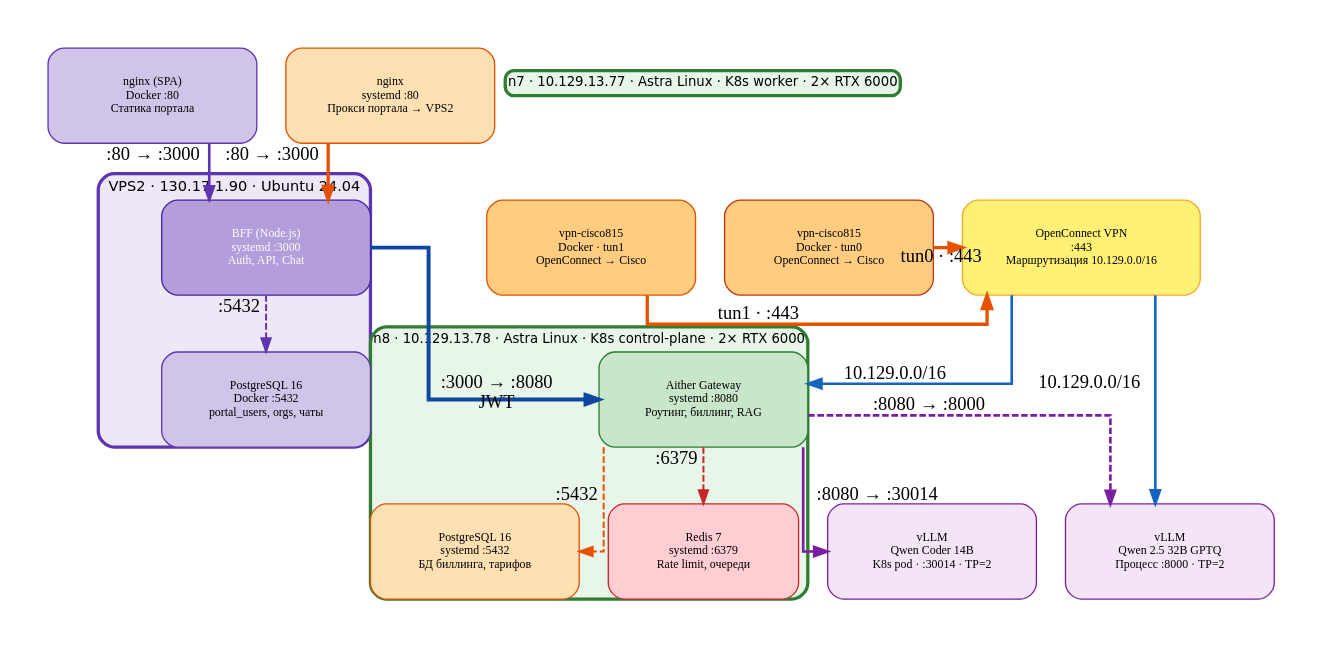
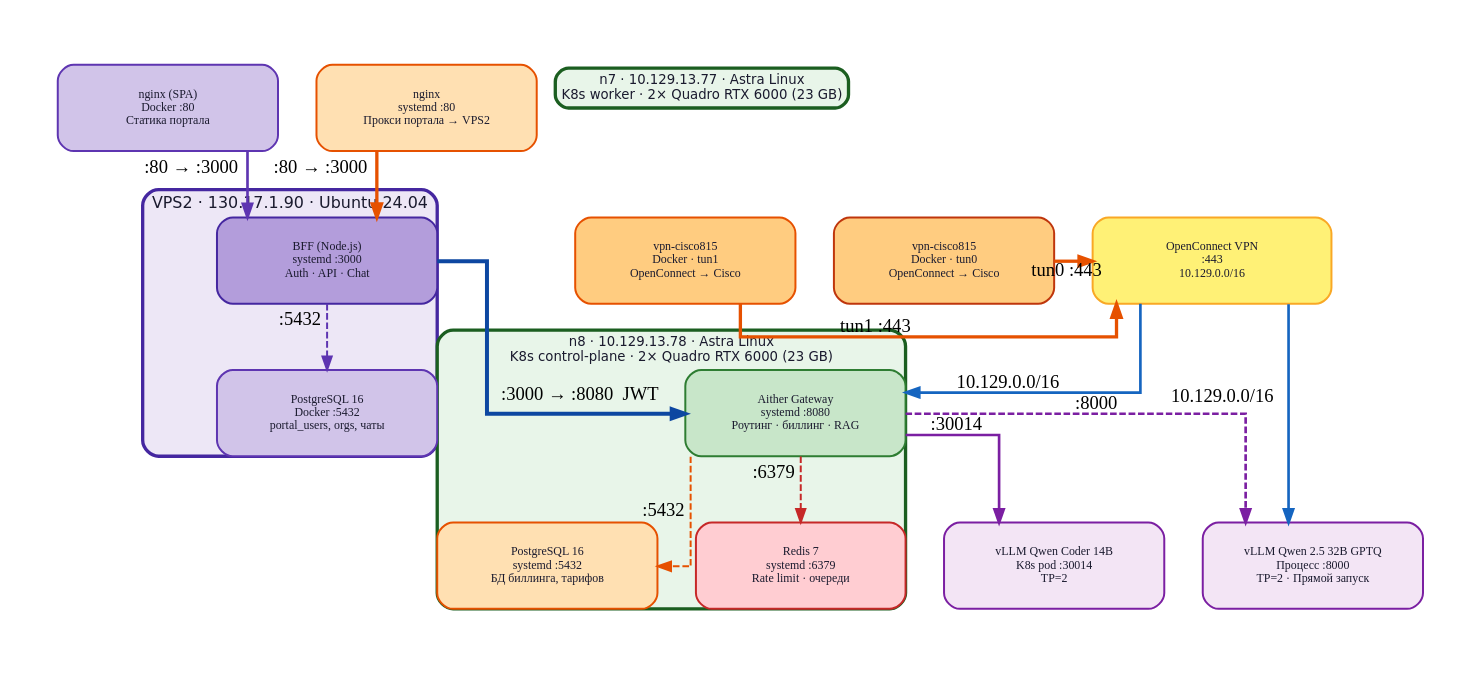
Before and after one commit to dedvmedved-dot/aither-project: the diagram in docs/diagrams/physical-architecture-v3.dot, drawn with Graphviz. The commit also changed 3 other files, not shown here.

Commit message:
docs: fresh Aither diagram — clean cluster layout with port-labelled edges

```diff
--- a/docs/diagrams/physical-architecture-v3.dot
+++ b/docs/diagrams/physical-architecture-v3.dot
@@ -1,154 +1,108 @@
-digraph AitherArchitecture {
+digraph Aither {
     rankdir=TB
     splines=ortho
-    nodesep=0.3
-    ranksep=0.6
+    nodesep=0.4
+    ranksep=0.7
     fontname="DejaVu Sans"
-    fontsize=12
     bgcolor="white"
-    pad=0.4
-    margin=0.3
+    pad=0.5
+    margin=0.4
     dpi=72
 
-    // ═══════════════════════════════════════════════
-    // VPS2
-    // ═══════════════════════════════════════════════
-    subgraph cluster_vps2 {
+    // ═══ VPS2 ═══
+    subgraph cluster_VPS2 {
         label="VPS2 · 130.17.1.90 · Ubuntu 24.04"
         style="filled,rounded"
         fillcolor="#ede7f6"
-        color="#5e35b1"
-        fontcolor="#000000"
-        fontsize=11
+        color="#4527a0"
+        fontcolor="#1a1a2e"
+        fontsize=12
         penwidth=2.5
 
-        v2_nginx [shape=box, style="filled,rounded", fillcolor="#d1c4e9", color="#5e35b1", fontcolor="#000000",
-                  label="nginx (SPA)\nDocker :80\nСтатика портала", width=2.2, height=1.0, fontsize=9]
-        v2_pg [shape=box, style="filled,rounded", fillcolor="#d1c4e9", color="#5e35b1", fontcolor="#000000",
-               label="PostgreSQL 16\nDocker :5432\nportal_users, orgs, чаты", width=2.2, height=1.0, fontsize=9]
-        v2_bff [shape=box, style="filled,rounded", fillcolor="#b39ddb", color="#4527a0", fontcolor="#ffffff",
-                label="BFF (Node.js)\nsystemd :3000\nAuth, API, Chat", width=2.2, height=1.0, fontsize=9]
-        v2_vpn [shape=box, style="filled,rounded", fillcolor="#ffcc80", color="#e65100", fontcolor="#000000",
-                label="vpn-cisco815\nDocker · tun1\nOpenConnect → Cisco", width=2.2, height=1.0, fontsize=9]
+        node [shape=box,style="filled,rounded",fontsize=9,penwidth=1.5,fontcolor="#1a1a2e"]
+        V2_nginx  [label="nginx (SPA)\nDocker :80\nСтатика портала",        fillcolor="#d1c4e9",color="#5e35b1",width=2.3,height=0.9]
+        V2_pg     [label="PostgreSQL 16\nDocker :5432\nportal_users, orgs, чаты",fillcolor="#d1c4e9",color="#5e35b1",width=2.3,height=0.9]
+        V2_bff    [label="BFF (Node.js)\nsystemd :3000\nAuth · API · Chat",  fillcolor="#b39ddb",color="#4527a0",width=2.3,height=0.9]
+        V2_vpn    [label="vpn-cisco815\nDocker · tun1\nOpenConnect → Cisco",fillcolor="#ffcc80",color="#e65100",width=2.3,height=0.9]
     }
 
-    // ═══════════════════════════════════════════════
-    // VPS3
-    // ═══════════════════════════════════════════════
-    subgraph cluster_vps3 {
+    // ═══ VPS3 ═══
+    subgraph cluster_VPS3 {
         label="VPS3 · 89.127.217.88 · Ubuntu 24.04"
         style="filled,rounded"
         fillcolor="#fff3e0"
-        color="#e65100"
-        fontcolor="#000000"
-        fontsize=11
+        color="#bf360c"
+        fontcolor="#1a1a2e"
+        fontsize=12
         penwidth=2.5
 
-        v3_nginx [shape=box, style="filled,rounded", fillcolor="#ffe0b2", color="#e65100", fontcolor="#000000",
-                  label="nginx\nsystemd :80\nПрокси портала → VPS2", width=2.2, height=1.0, fontsize=9]
-        v3_vpn [shape=box, style="filled,rounded", fillcolor="#ffcc80", color="#bf360c", fontcolor="#000000",
-                label="vpn-cisco815\nDocker · tun0\nOpenConnect → Cisco", width=2.2, height=1.0, fontsize=9]
+        node [shape=box,style="filled,rounded",fontsize=9,penwidth=1.5,fontcolor="#1a1a2e"]
+        V3_nginx  [label="nginx\nsystemd :80\nПрокси портала → VPS2",fillcolor="#ffe0b2",color="#e65100",width=2.3,height=0.9]
+        V3_vpn    [label="vpn-cisco815\nDocker · tun0\nOpenConnect → Cisco",fillcolor="#ffcc80",color="#bf360c",width=2.3,height=0.9]
     }
 
-    // ═══════════════════════════════════════════════
-    // Cisco 815
-    // ═══════════════════════════════════════════════
-    subgraph cluster_cisco {
+    // ═══ Cisco 815 ═══
+    subgraph cluster_Cisco {
         label="Cisco 815 · 95.137.2.98 · Тестовая зона"
         style="filled,rounded"
         fillcolor="#fff9c4"
-        color="#f9a825"
-        fontcolor="#000000"
-        fontsize=11
+        color="#f57f17"
+        fontcolor="#1a1a2e"
+        fontsize=12
         penwidth=2.5
 
-        cisco [shape=box, style="filled,rounded", fillcolor="#fff176", color="#f9a825", fontcolor="#000000",
-               label="OpenConnect VPN\n:443\nМаршрутизация 10.129.0.0/16", width=2.5, height=1.0, fontsize=9]
+        node [shape=box,style="filled,rounded",fontsize=9,penwidth=1.5,fontcolor="#1a1a2e"]
+        Cisco [label="OpenConnect VPN\n:443\n10.129.0.0/16",fillcolor="#fff176",color="#f9a825",width=2.5,height=0.9]
     }
 
-    // ═══════════════════════════════════════════════
-    // n8
-    // ═══════════════════════════════════════════════
+    // ═══ n8 ═══
     subgraph cluster_n8 {
-        label="n8 · 10.129.13.78 · Astra Linux · K8s control-plane · 2× RTX 6000"
+        label="n8 · 10.129.13.78 · Astra Linux\nK8s control-plane · 2× Quadro RTX 6000 (23 GB)"
         style="filled,rounded"
         fillcolor="#e8f5e9"
-        color="#2e7d32"
-        fontcolor="#000000"
+        color="#1b5e20"
+        fontcolor="#1a1a2e"
         fontsize=10
         penwidth=2.5
 
-        n8_gw [shape=box, style="filled,rounded", fillcolor="#c8e6c9", color="#2e7d32", fontcolor="#000000",
-               label="Aither Gateway\nsystemd :8080\nРоутинг, биллинг, RAG", width=2.2, height=1.0, fontsize=9]
-        n8_pg [shape=box, style="filled,rounded", fillcolor="#ffe0b2", color="#e65100", fontcolor="#000000",
-               label="PostgreSQL 16\nsystemd :5432\nБД биллинга, тарифов", width=2.2, height=1.0, fontsize=9]
-        n8_redis [shape=box, style="filled,rounded", fillcolor="#ffcdd2", color="#c62828", fontcolor="#000000",
-                  label="Redis 7\nsystemd :6379\nRate limit, очереди", width=2.0, height=1.0, fontsize=9]
-        n8_v14 [shape=box, style="filled,rounded", fillcolor="#f3e5f5", color="#7b1fa2", fontcolor="#000000",
-                label="vLLM\nQwen Coder 14B\nK8s pod · :30014 · TP=2", width=2.2, height=1.0, fontsize=9]
+        node [shape=box,style="filled,rounded",fontsize=9,penwidth=1.5,fontcolor="#1a1a2e"]
+        N8_gw     [label="Aither Gateway\nsystemd :8080\nРоутинг · биллинг · RAG",   fillcolor="#c8e6c9",color="#2e7d32",width=2.3,height=0.9]
+        N8_pg     [label="PostgreSQL 16\nsystemd :5432\nБД биллинга, тарифов",         fillcolor="#ffe0b2",color="#e65100",width=2.3,height=0.9]
+        N8_redis  [label="Redis 7\nsystemd :6379\nRate limit · очереди",               fillcolor="#ffcdd2",color="#c62828",width=2.2,height=0.9]
+        N8_vllm   [label="vLLM Qwen Coder 14B\nK8s pod :30014\nTP=2",                  fillcolor="#f3e5f5",color="#7b1fa2",width=2.3,height=0.9]
     }
 
-    // ═══════════════════════════════════════════════
-    // n7
-    // ═══════════════════════════════════════════════
+    // ═══ n7 ═══
     subgraph cluster_n7 {
-        label="n7 · 10.129.13.77 · Astra Linux · K8s worker · 2× RTX 6000"
+        label="n7 · 10.129.13.77 · Astra Linux\nK8s worker · 2× Quadro RTX 6000 (23 GB)"
         style="filled,rounded"
         fillcolor="#e8f5e9"
-        color="#2e7d32"
-        fontcolor="#000000"
+        color="#1b5e20"
+        fontcolor="#1a1a2e"
         fontsize=10
         penwidth=2.5
 
-        n7_v32 [shape=box, style="filled,rounded", fillcolor="#f3e5f5", color="#7b1fa2", fontcolor="#000000",
-                label="vLLM\nQwen 2.5 32B GPTQ\nПроцесс :8000 · TP=2", width=2.2, height=1.0, fontsize=9]
-        n7_dummy [shape=point, style=invis, width=0, height=0]
+        N7_vllm  [shape=box,style="filled,rounded",fontsize=9,penwidth=1.5,fontcolor="#1a1a2e",
+                  label="vLLM Qwen 2.5 32B GPTQ\nПроцесс :8000\nTP=2 · Прямой запуск",fillcolor="#f3e5f5",color="#7b1fa2",width=2.3,height=0.9]
+        N7_dummy [shape=point,style=invis,width=0,height=0]
     }
 
-    // ═══════════════════════════════════════════════
-    // RANK
-    // ═══════════════════════════════════════════════
-    { rank=same; v2_nginx; v3_nginx }
-    { rank=same; v2_vpn; v3_vpn; cisco }
-    { rank=same; n8_v14; n7_v32 }
+    // ═══ RANK ═══
+    { rank=same; V2_nginx; V3_nginx }
+    { rank=same; V2_vpn; V3_vpn; Cisco }
+    { rank=same; N8_vllm; N7_vllm }
 
-    // ═══════════════════════════════════════════════
-    // EDGES — порт отправителя → порт получателя
-    // ═══════════════════════════════════════════════
-
-    // VPS3 nginx → VPS2 BFF
-    v3_nginx -> v2_bff [color="#e65100", penwidth=2.5, style=bold, xlabel=":80 → :3000"]
-
-    // VPS2 nginx → VPS2 BFF
-    v2_nginx -> v2_bff [color="#5e35b1", penwidth=2.0, style=solid, xlabel=":80 → :3000"]
-
-    // VPS2 BFF → VPS2 PG
-    v2_bff -> v2_pg [color="#5e35b1", penwidth=1.5, style=dashed, xlabel=":5432"]
-
-    // VPS2 VPN → Cisco
-    v2_vpn -> cisco [color="#e65100", penwidth=2.5, style=bold, xlabel="tun1 · :443"]
-
-    // VPS3 VPN → Cisco
-    v3_vpn -> cisco [color="#e65100", penwidth=2.5, style=bold, xlabel="tun0 · :443"]
-
-    // Cisco → n8
-    cisco -> n8_gw [color="#1565c0", penwidth=2.0, style=solid, xlabel="10.129.0.0/16"]
-
-    // Cisco → n7
-    cisco -> n7_v32 [color="#1565c0", penwidth=2.0, style=solid, xlabel="10.129.0.0/16"]
-
-    // BFF → Gateway
-    v2_bff -> n8_gw [color="#0d47a1", penwidth=3.0, style=bold, xlabel=":3000 → :8080\nJWT"]
-
-    // Gateway → n8 vLLM 14B
-    n8_gw -> n8_v14 [color="#7b1fa2", penwidth=2.0, style=solid, xlabel=":8080 → :30014"]
-
-    // Gateway → n7 vLLM 32B
-    n8_gw -> n7_v32 [color="#7b1fa2", penwidth=2.0, style=dashed, xlabel=":8080 → :8000"]
-
-    // Gateway → PG
-    n8_gw -> n8_pg [color="#e65100", penwidth=1.5, style=dashed, xlabel=":5432"]
-
-    // Gateway → Redis
-    n8_gw -> n8_redis [color="#c62828", penwidth=1.5, style=dashed, xlabel=":6379"]
+    // ═══ EDGES ═══
+    V3_nginx -> V2_bff    [color="#e65100",penwidth=2.5,style=bold,               xlabel=":80 → :3000"]
+    V2_nginx -> V2_bff    [color="#5e35b1",penwidth=2.0,style=solid,              xlabel=":80 → :3000"]
+    V2_bff   -> V2_pg     [color="#5e35b1",penwidth=1.5,style=dashed,             xlabel=":5432"]
+    V2_vpn   -> Cisco     [color="#e65100",penwidth=2.5,style=bold,               xlabel="tun1 :443"]
+    V3_vpn   -> Cisco     [color="#e65100",penwidth=2.5,style=bold,               xlabel="tun0 :443"]
+    Cisco    -> N8_gw     [color="#1565c0",penwidth=2.0,style=solid,              xlabel="10.129.0.0/16"]
+    Cisco    -> N7_vllm   [color="#1565c0",penwidth=2.0,style=solid,              xlabel="10.129.0.0/16"]
+    V2_bff   -> N8_gw     [color="#0d47a1",penwidth=3.0,style=bold,               xlabel=":3000 → :8080  JWT"]
+    N8_gw    -> N8_vllm   [color="#7b1fa2",penwidth=2.0,style=solid,              xlabel=":30014"]
+    N8_gw    -> N7_vllm   [color="#7b1fa2",penwidth=2.0,style=dashed,             xlabel=":8000"]
+    N8_gw    -> N8_pg     [color="#e65100",penwidth=1.5,style=dashed,             xlabel=":5432"]
+    N8_gw    -> N8_redis  [color="#c62828",penwidth=1.5,style=dashed,             xlabel=":6379"]
 }
```
